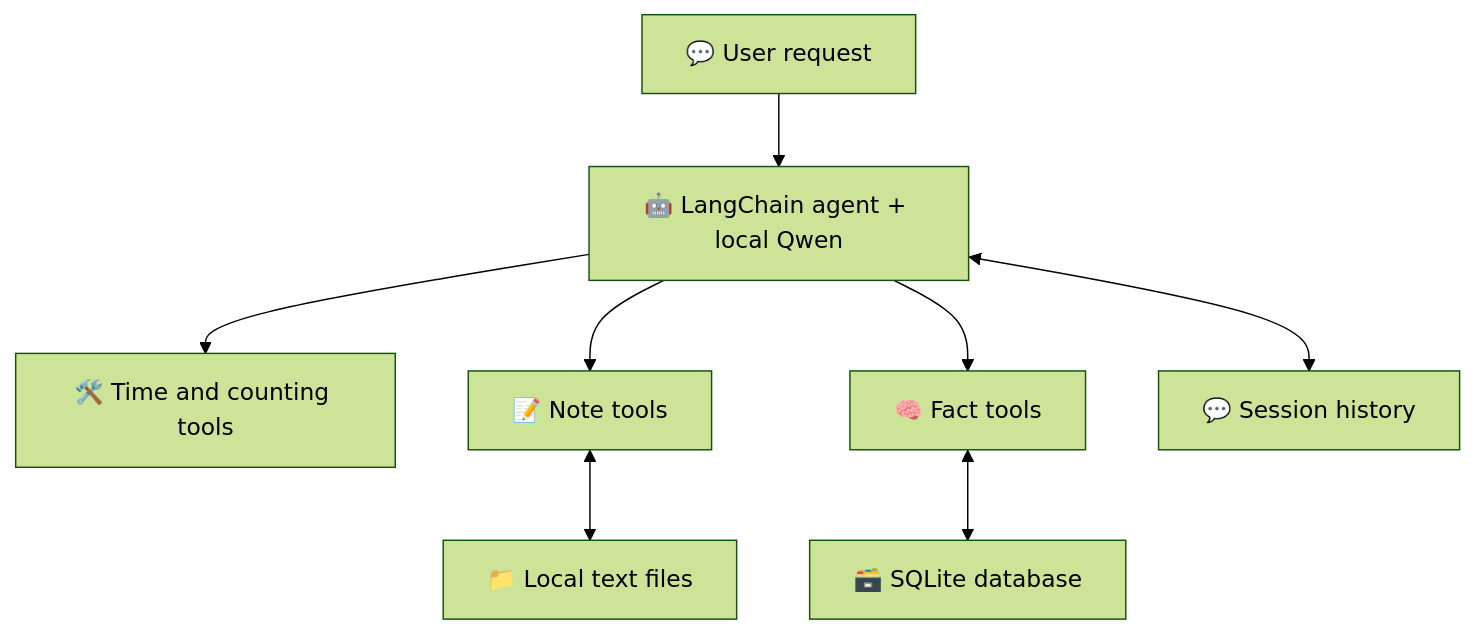
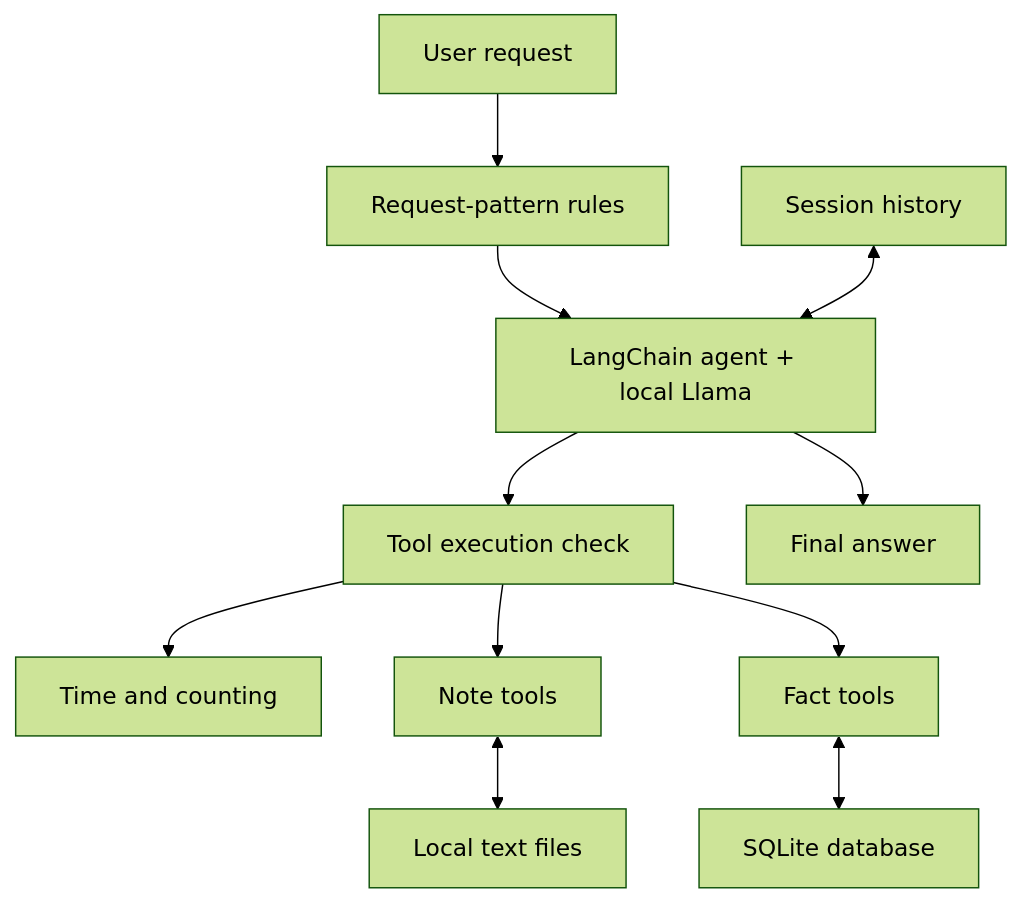
The diagram in README.md (anne500/local-ai-agent-tool-memory), drawn with Mermaid (forest theme) before and after one commit. The commit also changed other lines of this file, not shown here.

Commit message:
Document middleware routing and verified local agent behavior

````diff
--- a/README.md
+++ b/README.md
@@ -23,10 +26,13 @@
 ```mermaid
 flowchart TD
-    U["💬 User request"] --> A["🤖 LangChain agent + local Qwen"]
-    A --> T["🛠️ Time and counting tools"]
-    A --> N["📝 Note tools"]
-    A --> F["🧠 Fact tools"]
-    A <--> S["💬 Session history"]
-    N <--> D["📁 Local text files"]
-    F <--> Q["🗃️ SQLite database"]
+    U["User request"] --> R["Request-pattern rules"]
+    R --> A["LangChain agent + local Llama"]
+    S["Session history"] <--> A
+    A --> G["Tool execution check"]
+    G --> C["Time and counting"]
+    G --> N["Note tools"]
+    G --> F["Fact tools"]
+    N <--> D["Local text files"]
+    F <--> Q["SQLite database"]
+    A --> O["Final answer"]
 ```
````
